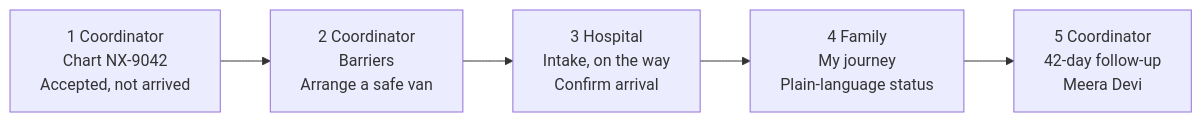
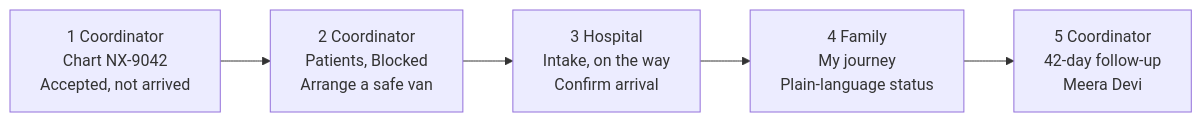
The diagram in docs/diagrams/10-guided-demo.mmd (Shabnam852/health-a-thon), drawn with Mermaid before and after one commit. The commit also changed 129 other files, not shown here.

```diff
--- a/docs/diagrams/10-guided-demo.mmd
+++ b/docs/diagrams/10-guided-demo.mmd
@@ -1,7 +1,7 @@
 flowchart LR
   accTitle: Guided demo
-  accDescr: Five steps: Coordinator views chart NX-9042, Coordinator arranges a van on Barriers, Hospital confirms arrival on Intake, Family sees My journey, Coordinator views 42-day follow-up for Meera Devi.
-  S1["1 Coordinator<br/>Chart NX-9042<br/>Accepted, not arrived"] --> S2["2 Coordinator<br/>Barriers<br/>Arrange a safe van"]
+  accDescr: Five steps: Coordinator views chart NX-9042, Coordinator arranges a van on Patients, Blocked, Hospital confirms arrival on Intake, Family sees My journey, Coordinator views 42-day follow-up for Meera Devi.
+  S1["1 Coordinator<br/>Chart NX-9042<br/>Accepted, not arrived"] --> S2["2 Coordinator<br/>Patients, Blocked<br/>Arrange a safe van"]
   S2 --> S3["3 Hospital<br/>Intake, on the way<br/>Confirm arrival"]
   S3 --> S4["4 Family<br/>My journey<br/>Plain-language status"]
   S4 --> S5["5 Coordinator<br/>42-day follow-up<br/>Meera Devi"]
```
